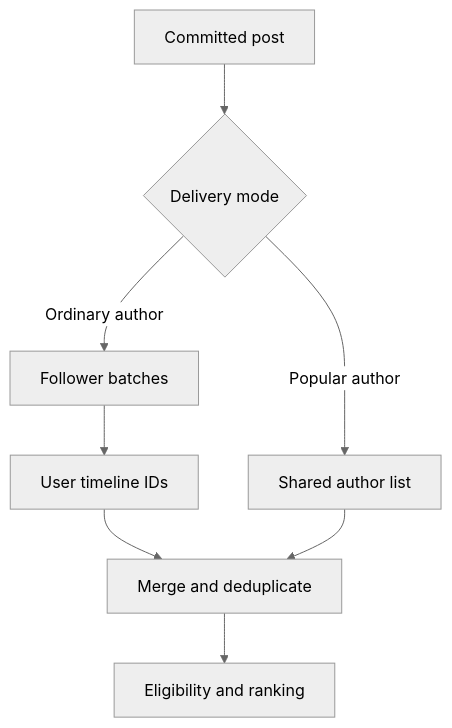
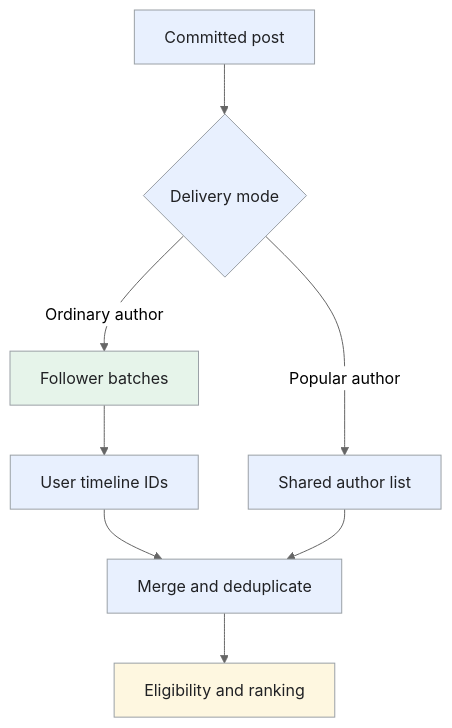
One commit to iliazlobin/iliazlobin.github.io changed the third of 3 diagrams in _designs/system-design-instagram.md. Above: the diagram before and after it, drawn with Mermaid (neutral theme). The commit also changed other lines of this file and 20 other files, not shown here.

Commit message:
Improve design flows, tradeoffs, and technology references

````diff
--- a/_designs/system-design-instagram.md
+++ b/_designs/system-design-instagram.md
@@ -208,10 +246,16 @@
 ```mermaid
 flowchart TB
   P["Committed post"] --> D{"Delivery mode"}
   D -->|"Ordinary author"| F["Follower batches"]
   F --> T["User timeline IDs"]
   D -->|"Popular author"| A["Shared author list"]
   T --> M["Merge and deduplicate"]
   A --> M
   M --> R["Eligibility and ranking"]
+  classDef request fill:#e8f0fe,stroke:#9aa0a6,color:#202124,stroke-width:1px
+  classDef background fill:#e6f4ea,stroke:#9aa0a6,color:#202124,stroke-width:1px
+  classDef control fill:#fef7e0,stroke:#9aa0a6,color:#202124,stroke-width:1px
+  class P,D,T,A,M request
+  class F background
+  class R control
 ```
````
